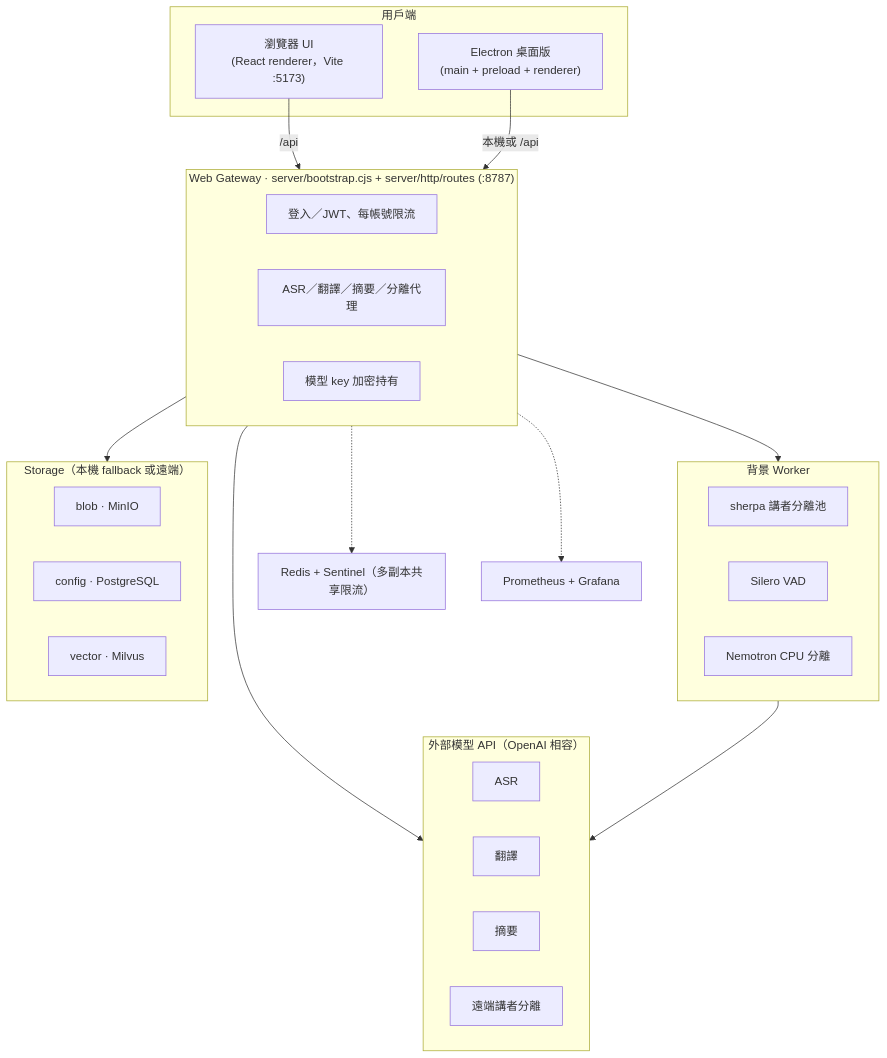
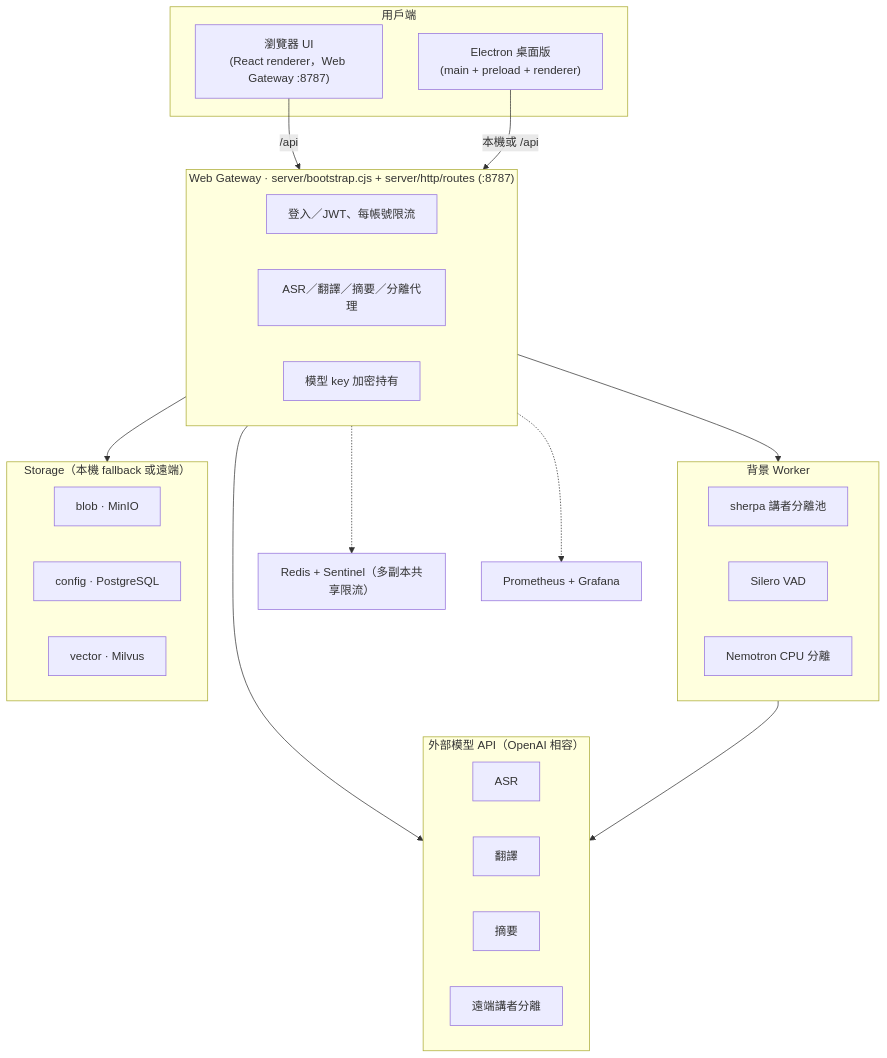
One commit to joeyliang1024/S2T-UI changed the diagram in README.md. Above: the diagram before and after it, drawn with Mermaid. The commit also changed other lines of this file and 8 other files, not shown here.

````diff
--- a/README.md
+++ b/README.md
@@ -15,44 +15,44 @@
 ```mermaid
 flowchart TB
     subgraph client["用戶端"]
-        browser["瀏覽器 UI<br/>(React renderer，Vite :5173)"]
+        browser["瀏覽器 UI<br/>(React renderer，Web Gateway :8787)"]
         electron["Electron 桌面版<br/>(main + preload + renderer)"]
     end
 
     subgraph gateway["Web Gateway · server/bootstrap.cjs + server/http/routes (:8787)"]
         auth["登入／JWT、每帳號限流"]
         proxy["ASR／翻譯／摘要／分離代理"]
         cred["模型 key 加密持有"]
     end
 
     subgraph workers["背景 Worker"]
         sherpa["sherpa 講者分離池"]
         silero["Silero VAD"]
         nemotron["Nemotron CPU 分離"]
     end
 
     subgraph storage["Storage（本機 fallback 或遠端）"]
         blob["blob · MinIO"]
         config["config · PostgreSQL"]
         vector["vector · Milvus"]
     end
 
     subgraph models["外部模型 API（OpenAI 相容）"]
         asr["ASR"]
         trans["翻譯"]
         summ["摘要"]
         dia["遠端講者分離"]
     end
 
     infra["Redis + Sentinel（多副本共享限流）"]
     monitor["Prometheus + Grafana"]
 
     browser -- "/api" --> gateway
     electron -- "本機或 /api" --> gateway
     gateway --> workers
     gateway --> models
     workers --> models
     gateway --> storage
     gateway -.-> infra
     gateway -.-> monitor
 ```
````
